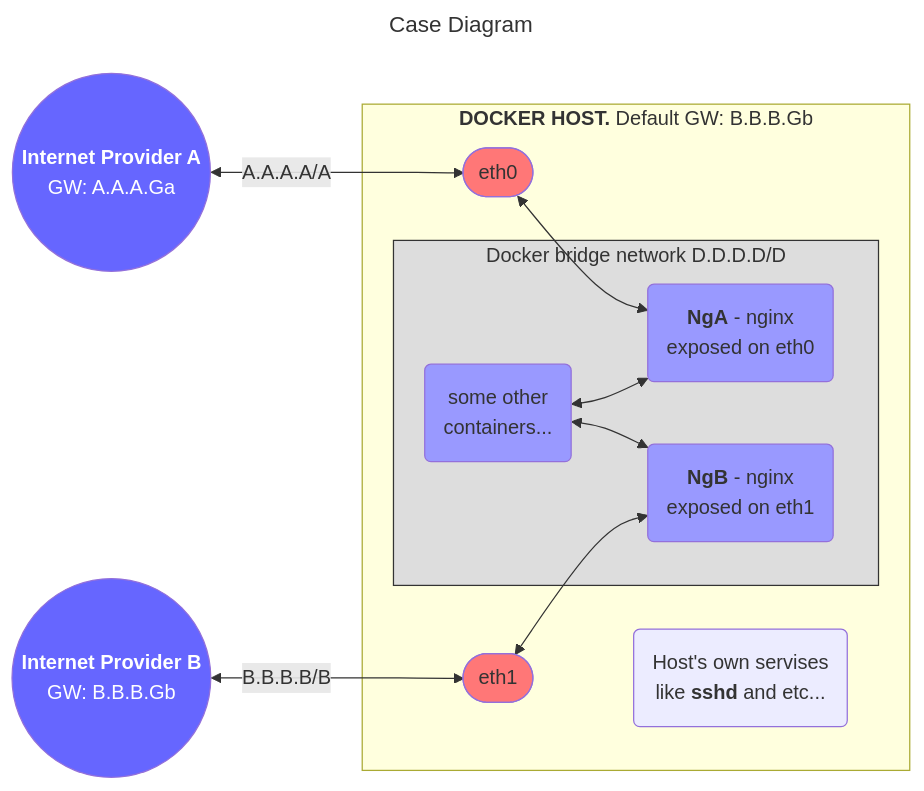
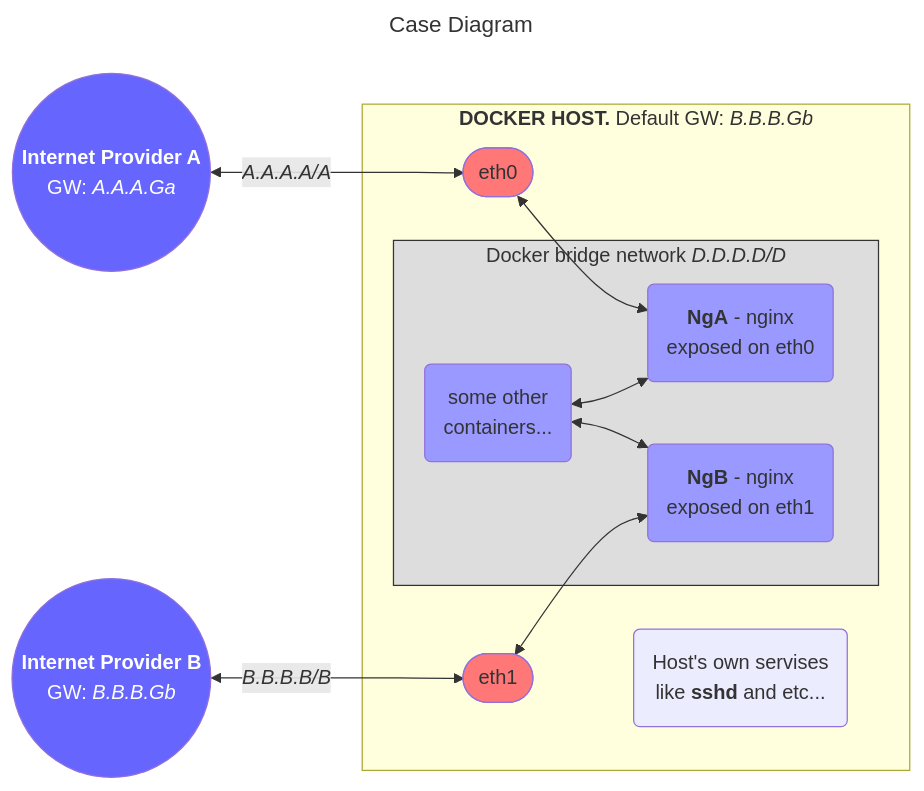
One commit to mikhalakis/notes changed the diagram in multihomed-docker-host-routing.md. Above: the diagram before and after it, drawn with Mermaid.

````diff
--- a/multihomed-docker-host-routing.md
+++ b/multihomed-docker-host-routing.md
@@ -3,29 +3,29 @@
 ```mermaid
 ---
 title: Case Diagram
 ---
 graph LR
-    ISPA(("<b>Internet Provider A</b><br>GW: A.A.A.Ga")) <--A.A.A.A/A--> eth0
-    subgraph host ["<b>DOCKER HOST.</b> Default GW: B.B.B.Gb"]
+    ISPA(("<b>Internet Provider A</b><br>GW: <i>A.A.A.Ga</i>")) <--"<i>A.A.A.A/A</i>"--> eth0
+    subgraph host ["<b>DOCKER HOST.</b> Default GW: <i>B.B.B.Gb</i>"]
         eth0([eth0]) <--> NgA
-        subgraph dnet ["Docker bridge network D.D.D.D/D"]
+        subgraph dnet ["Docker bridge network <i>D.D.D.D/D</i>"]
             NgA("<b>NgA</b> - nginx<br>exposed on eth0")
             DC("some other<br>containers...")
             NgB("<b>NgB</b> - nginx<br>exposed on eth1")
             DC <--> NgA
             DC <--> NgB
         end
         eth1([eth1]) <--> NgB
         
         S("Host's own servises<br>like <b>sshd</b> and etc...")
       end
-    ISPB(("<b>Internet Provider B</b><br>GW: B.B.B.Gb")) <--B.B.B.B/B--> eth1
+    ISPB(("<b>Internet Provider B</b><br>GW: <i>B.B.B.Gb</i>")) <--"<i>B.B.B.B/B</i>"--> eth1
     style dnet fill:#ddd,stroke:#333,font-weigth:bold;
     classDef Isp fill:#66F,color:white;
     classDef Srv fill:#99F;
     classDef net fill:#F77;
     class ISPA,ISPB,eth Isp;
     class NgA,NgB,DC Srv;
     class eth0,eth1 net;
     
 ```
````
